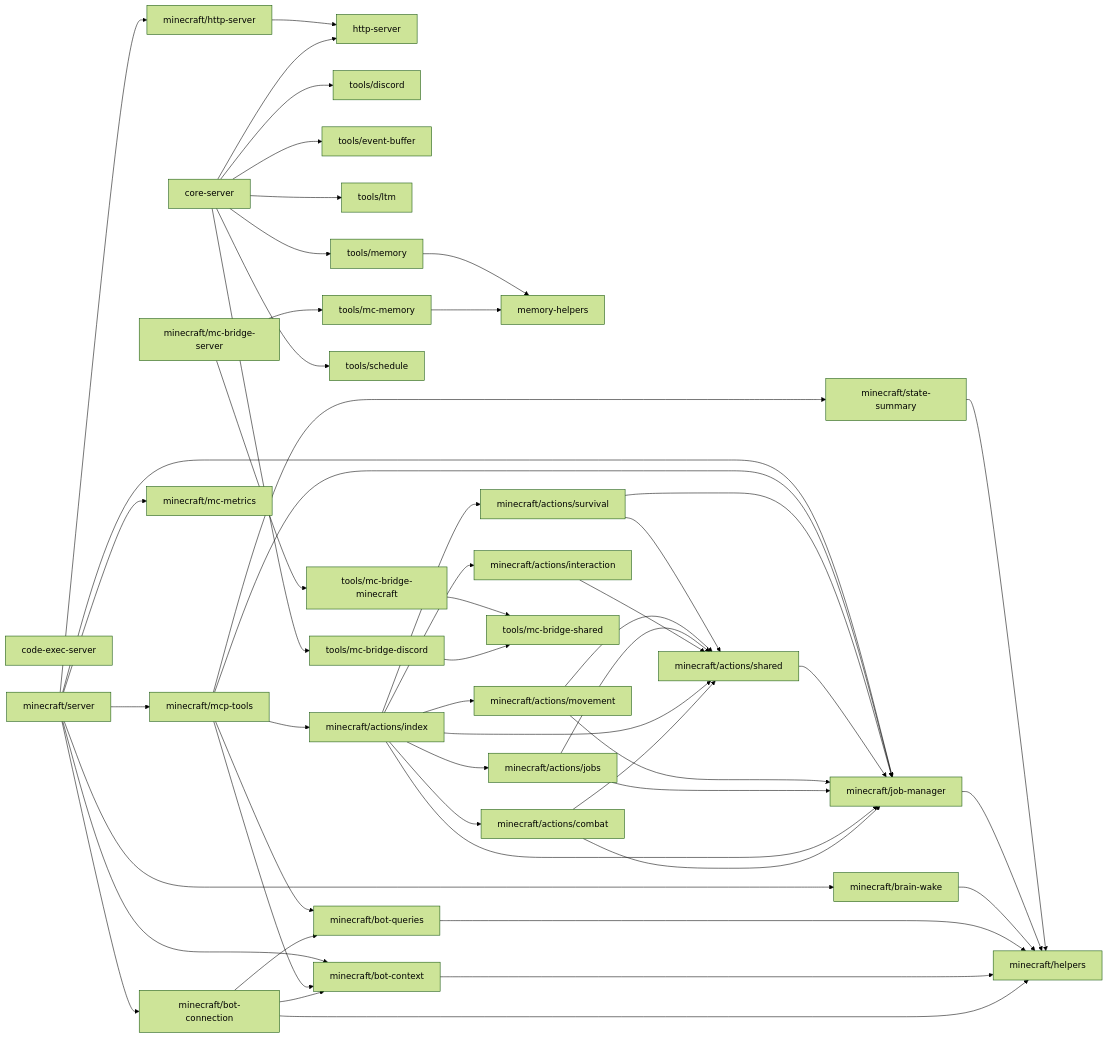
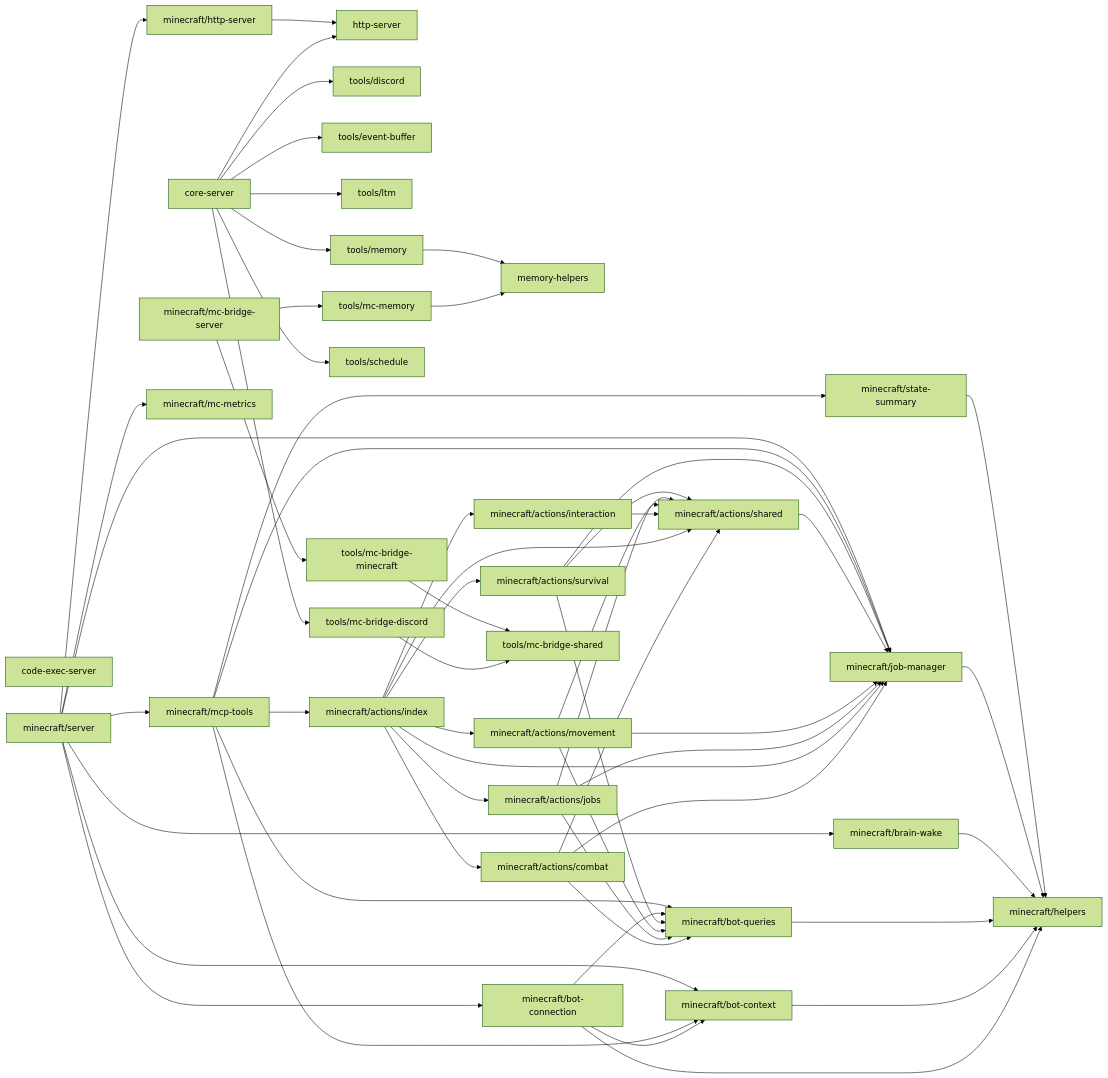
The diagram in src/mcp/DEPS.md (OJII3/vicissitude), drawn with Mermaid (forest theme) before and after one commit. The commit also changed other lines of this file and 7 other files, not shown here.

````diff
--- a/src/mcp/DEPS.md
+++ b/src/mcp/DEPS.md
@@ -7,64 +7,68 @@
 ```mermaid
 graph LR
   code_exec_server["code-exec-server"]
   core_server["core-server"] --> http_server["http-server"]
   core_server["core-server"] --> tools_discord["tools/discord"]
   core_server["core-server"] --> tools_event_buffer["tools/event-buffer"]
   core_server["core-server"] --> tools_ltm["tools/ltm"]
   core_server["core-server"] --> tools_mc_bridge_discord["tools/mc-bridge-discord"]
   core_server["core-server"] --> tools_memory["tools/memory"]
   core_server["core-server"] --> tools_schedule["tools/schedule"]
   http_server["http-server"]
   memory_helpers["memory-helpers"]
   minecraft_actions_combat["minecraft/actions/combat"] --> minecraft_actions_shared["minecraft/actions/shared"]
+  minecraft_actions_combat["minecraft/actions/combat"] --> minecraft_bot_queries["minecraft/bot-queries"]
   minecraft_actions_combat["minecraft/actions/combat"] --> minecraft_job_manager["minecraft/job-manager"]
   minecraft_actions_index["minecraft/actions/index"] --> minecraft_actions_combat["minecraft/actions/combat"]
   minecraft_actions_index["minecraft/actions/index"] --> minecraft_actions_interaction["minecraft/actions/interaction"]
   minecraft_actions_index["minecraft/actions/index"] --> minecraft_actions_jobs["minecraft/actions/jobs"]
   minecraft_actions_index["minecraft/actions/index"] --> minecraft_actions_movement["minecraft/actions/movement"]
   minecraft_actions_index["minecraft/actions/index"] --> minecraft_actions_shared["minecraft/actions/shared"]
   minecraft_actions_index["minecraft/actions/index"] --> minecraft_actions_survival["minecraft/actions/survival"]
   minecraft_actions_index["minecraft/actions/index"] --> minecraft_job_manager["minecraft/job-manager"]
   minecraft_actions_interaction["minecraft/actions/interaction"] --> minecraft_actions_shared["minecraft/actions/shared"]
   minecraft_actions_jobs["minecraft/actions/jobs"] --> minecraft_actions_shared["minecraft/actions/shared"]
+  minecraft_actions_jobs["minecraft/actions/jobs"] --> minecraft_bot_queries["minecraft/bot-queries"]
   minecraft_actions_jobs["minecraft/actions/jobs"] --> minecraft_job_manager["minecraft/job-manager"]
   minecraft_actions_movement["minecraft/actions/movement"] --> minecraft_actions_shared["minecraft/actions/shared"]
+  minecraft_actions_movement["minecraft/actions/movement"] --> minecraft_bot_queries["minecraft/bot-queries"]
   minecraft_actions_movement["minecraft/actions/movement"] --> minecraft_job_manager["minecraft/job-manager"]
   minecraft_actions_shared["minecraft/actions/shared"] --> minecraft_job_manager["minecraft/job-manager"]
   minecraft_actions_survival["minecraft/actions/survival"] --> minecraft_actions_shared["minecraft/actions/shared"]
+  minecraft_actions_survival["minecraft/actions/survival"] --> minecraft_bot_queries["minecraft/bot-queries"]
   minecraft_actions_survival["minecraft/actions/survival"] --> minecraft_job_manager["minecraft/job-manager"]
   minecraft_bot_connection["minecraft/bot-connection"] --> minecraft_bot_context["minecraft/bot-context"]
   minecraft_bot_connection["minecraft/bot-connection"] --> minecraft_bot_queries["minecraft/bot-queries"]
   minecraft_bot_connection["minecraft/bot-connection"] --> minecraft_helpers["minecraft/helpers"]
   minecraft_bot_context["minecraft/bot-context"] --> minecraft_helpers["minecraft/helpers"]
   minecraft_bot_queries["minecraft/bot-queries"] --> minecraft_helpers["minecraft/helpers"]
   minecraft_brain_wake["minecraft/brain-wake"] --> minecraft_helpers["minecraft/helpers"]
   minecraft_helpers["minecraft/helpers"]
   minecraft_http_server["minecraft/http-server"] --> http_server["http-server"]
   minecraft_job_manager["minecraft/job-manager"] --> minecraft_helpers["minecraft/helpers"]
   minecraft_mc_bridge_server["minecraft/mc-bridge-server"] --> tools_mc_bridge_minecraft["tools/mc-bridge-minecraft"]
   minecraft_mc_bridge_server["minecraft/mc-bridge-server"] --> tools_mc_memory["tools/mc-memory"]
   minecraft_mc_metrics["minecraft/mc-metrics"]
   minecraft_mcp_tools["minecraft/mcp-tools"] --> minecraft_actions_index["minecraft/actions/index"]
   minecraft_mcp_tools["minecraft/mcp-tools"] --> minecraft_bot_context["minecraft/bot-context"]
   minecraft_mcp_tools["minecraft/mcp-tools"] --> minecraft_bot_queries["minecraft/bot-queries"]
   minecraft_mcp_tools["minecraft/mcp-tools"] --> minecraft_job_manager["minecraft/job-manager"]
   minecraft_mcp_tools["minecraft/mcp-tools"] --> minecraft_state_summary["minecraft/state-summary"]
   minecraft_server["minecraft/server"] --> minecraft_bot_connection["minecraft/bot-connection"]
   minecraft_server["minecraft/server"] --> minecraft_bot_context["minecraft/bot-context"]
   minecraft_server["minecraft/server"] --> minecraft_brain_wake["minecraft/brain-wake"]
   minecraft_server["minecraft/server"] --> minecraft_http_server["minecraft/http-server"]
   minecraft_server["minecraft/server"] --> minecraft_job_manager["minecraft/job-manager"]
   minecraft_server["minecraft/server"] --> minecraft_mc_metrics["minecraft/mc-metrics"]
   minecraft_server["minecraft/server"] --> minecraft_mcp_tools["minecraft/mcp-tools"]
   minecraft_state_summary["minecraft/state-summary"] --> minecraft_helpers["minecraft/helpers"]
   tools_discord["tools/discord"]
   tools_event_buffer["tools/event-buffer"]
   tools_ltm["tools/ltm"]
   tools_mc_bridge_discord["tools/mc-bridge-discord"] --> tools_mc_bridge_shared["tools/mc-bridge-shared"]
   tools_mc_bridge_minecraft["tools/mc-bridge-minecraft"] --> tools_mc_bridge_shared["tools/mc-bridge-shared"]
   tools_mc_bridge_shared["tools/mc-bridge-shared"]
   tools_mc_memory["tools/mc-memory"] --> memory_helpers["memory-helpers"]
   tools_memory["tools/memory"] --> memory_helpers["memory-helpers"]
   tools_schedule["tools/schedule"]
 ```
````
